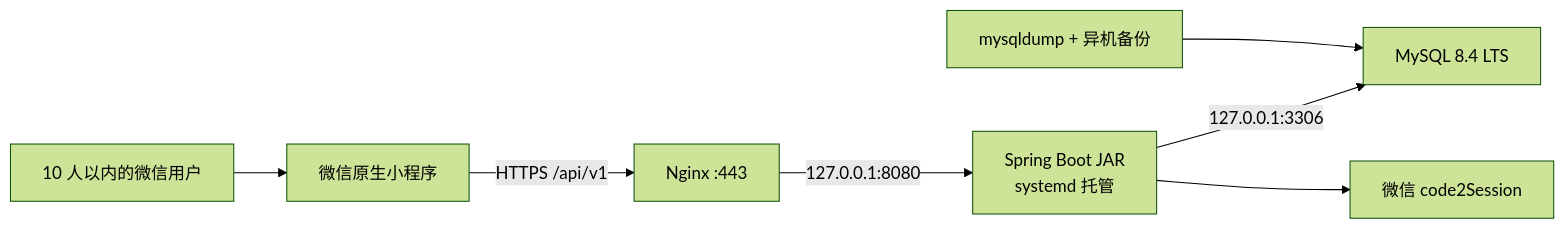
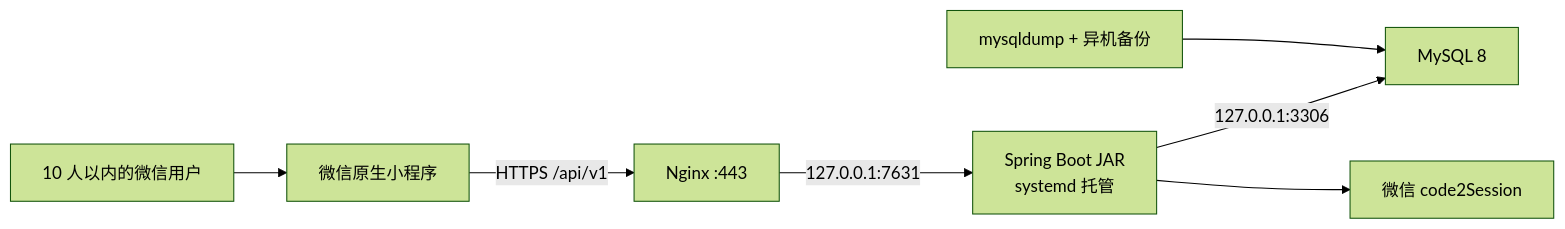
One commit to Telencephalon/MyTallyBook_Project changed the diagram in docs/记账本微信小程序完整实现方案-单机原生部署.md. Above: the diagram before and after it, drawn with Mermaid (forest theme). The commit also changed other lines of this file and 358 other files, not shown here.

````diff
--- a/docs/记账本微信小程序完整实现方案-单机原生部署.md
+++ b/docs/记账本微信小程序完整实现方案-单机原生部署.md
@@ -33,9 +33,9 @@
 ```mermaid
 flowchart LR
     U["10 人以内的微信用户"] --> MP["微信原生小程序"]
     MP -->|"HTTPS /api/v1"| NG["Nginx :443"]
-    NG -->|"127.0.0.1:8080"| APP["Spring Boot JAR\nsystemd 托管"]
-    APP -->|"127.0.0.1:3306"| DB["MySQL 8.4 LTS"]
+    NG -->|"127.0.0.1:7631"| APP["Spring Boot JAR\nsystemd 托管"]
+    APP -->|"127.0.0.1:3306"| DB["MySQL 8"]
     APP --> WX["微信 code2Session"]
     BK["mysqldump + 异机备份"] --> DB
 ```
````
